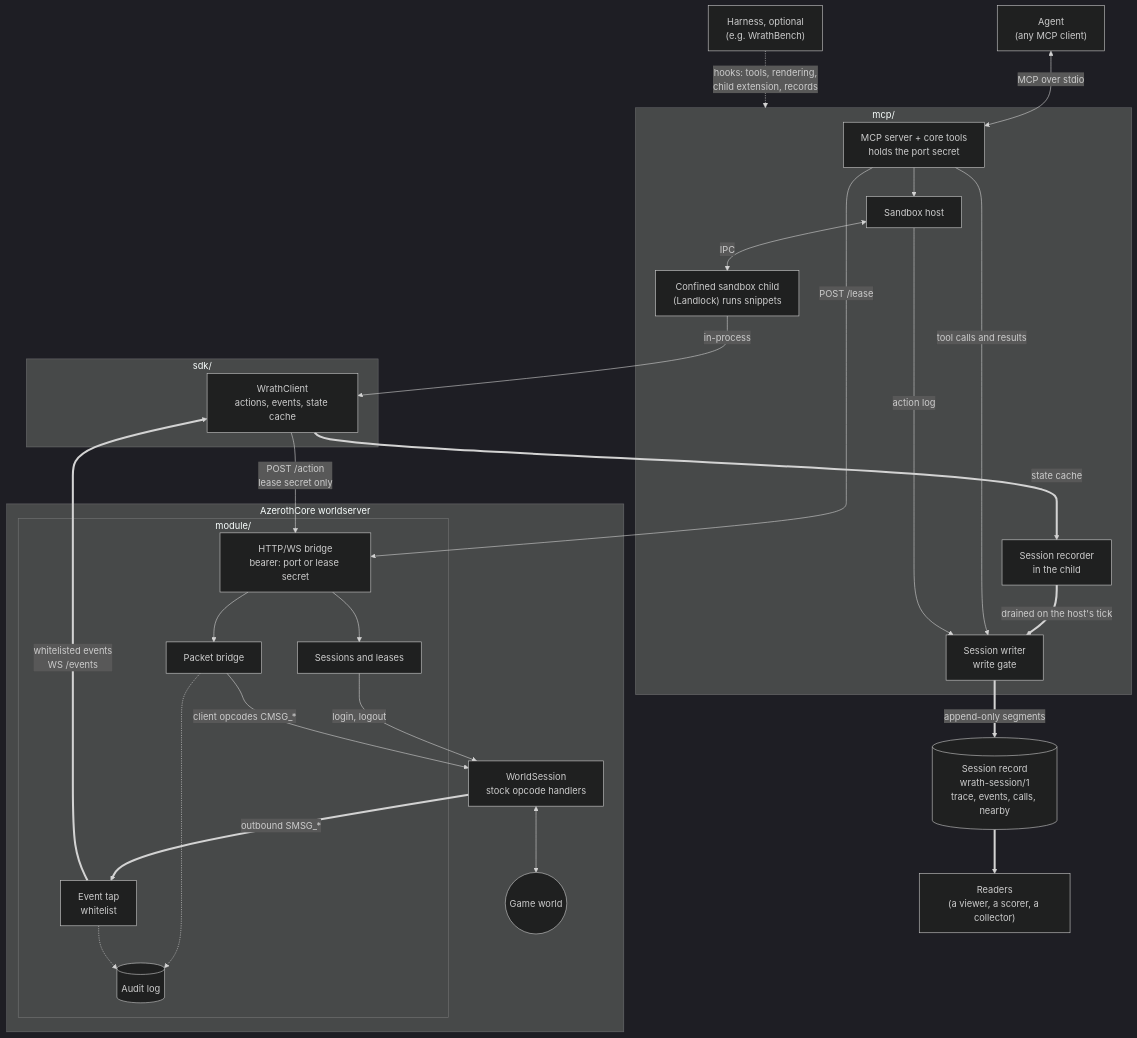
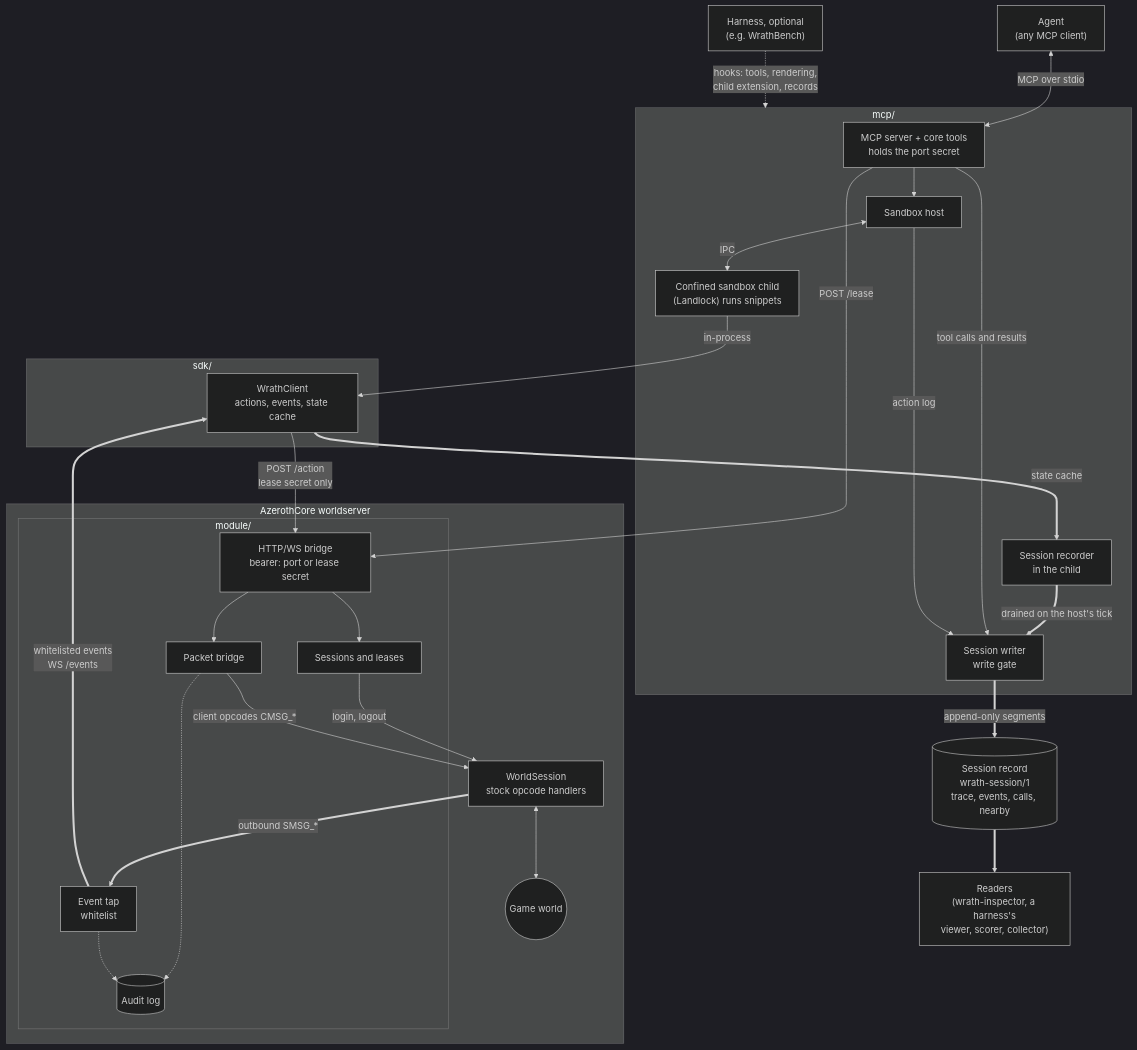
One commit to Shard/wrath-mcp changed the diagram in docs/ARCHITECTURE.md. Above: the diagram before and after it, drawn with Mermaid (dark theme). The commit also changed other lines of this file and 4 other files, not shown here.

Commit message:
docs: the inspector in the README, the architecture, CLAUDE.md and CONTRIBUTING

````diff
--- a/docs/ARCHITECTURE.md
+++ b/docs/ARCHITECTURE.md
@@ -5,55 +5,55 @@
 ```mermaid
 flowchart TB
     agent["Agent<br/>(any MCP client)"]
     harness["Harness, optional<br/>(e.g. WrathBench)"]
-    reader["Readers<br/>(a viewer, a scorer, a collector)"]
+    reader["Readers<br/>(wrath-inspector, a harness's<br/>viewer, scorer, collector)"]
 
     subgraph mcp["mcp/"]
         server["MCP server + core tools<br/>holds the port secret"]
         host["Sandbox host"]
         child["Confined sandbox child<br/>(Landlock) runs snippets"]
         recorder["Session recorder<br/>in the child"]
         writer["Session writer<br/>write gate"]
     end
 
     store[("Session record<br/>wrath-session/1<br/>trace, events, calls, nearby")]
 
     subgraph sdk["sdk/"]
         client["WrathClient<br/>actions, events, state cache"]
     end
 
     subgraph ws["AzerothCore worldserver"]
         subgraph module["module/"]
             http["HTTP/WS bridge<br/>bearer: port or lease secret"]
             sessions["Sessions and leases"]
             pbridge["Packet bridge"]
             tap["Event tap<br/>whitelist"]
             audit[("Audit log")]
         end
         session["WorldSession<br/>stock opcode handlers"]
         world(("Game world"))
     end
 
     agent <-->|"MCP over stdio"| server
     harness -. "hooks: tools, rendering,<br/>child extension, records" .-> mcp
     server --> host
     host <-->|"IPC"| child
     server -->|"POST /lease"| http
     child -->|"in-process"| client
     client -->|"POST /action<br/>lease secret only"| http
     http --> sessions
     http --> pbridge
     sessions -->|"login, logout"| session
     pbridge -->|"client opcodes CMSG_*"| session
     session <--> world
     session ==>|"outbound SMSG_*"| tap
     tap ==>|"whitelisted events<br/>WS /events"| client
     pbridge -.-> audit
     tap -.-> audit
     client ==>|"state cache"| recorder
     recorder ==>|"drained on the host's tick"| writer
     server -->|"tool calls and results"| writer
     host -->|"action log"| writer
     writer ==>|"append-only segments"| store
     store ==> reader
 ```
````
